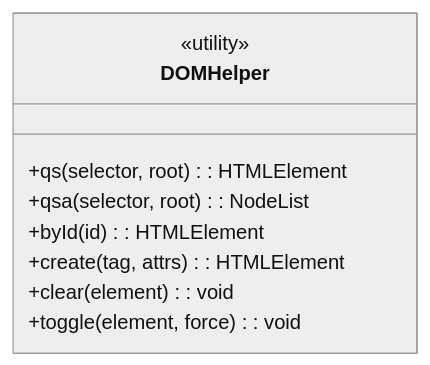
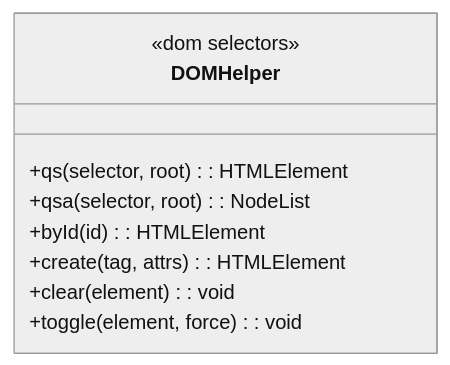
The diagram in documentation/WORKBENCH/ARCHITECTURE/domhelper.md (arbph-dev/codeIgniter-appCms), drawn with Mermaid (neutral theme) before and after one commit.

````diff
--- a/documentation/WORKBENCH/ARCHITECTURE/domhelper.md
+++ b/documentation/WORKBENCH/ARCHITECTURE/domhelper.md
@@ -8,12 +8,13 @@
 ```mermaid
 classDiagram
     class DOMHelper {
-        <<utility>>
+        <<dom selectors>>
         +qs(selector, root): HTMLElement
         +qsa(selector, root): NodeList
         +byId(id): HTMLElement
+        <<utility>>
         +create(tag, attrs): HTMLElement
         +clear(element): void
         +toggle(element, force): void
     }
 ```
````
